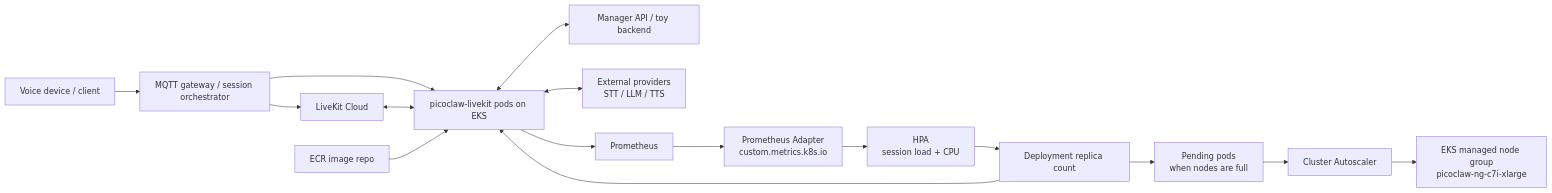
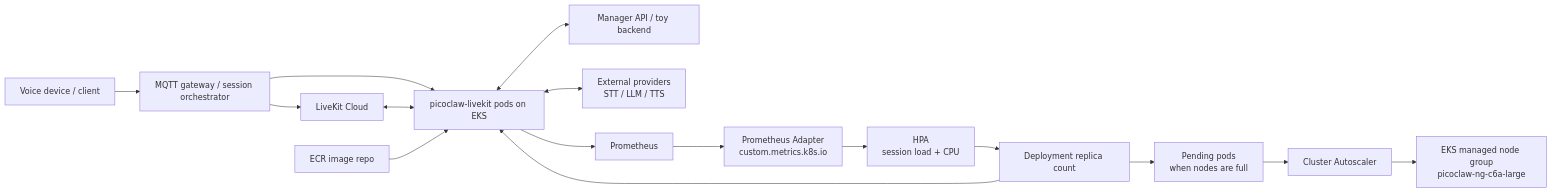
The diagram in deploy/README.md (Craftech360-projects/picoclaw), drawn with Mermaid before and after one commit. The commit also changed other lines of this file and 20 other files, not shown here.

````diff
--- a/deploy/README.md
+++ b/deploy/README.md
@@ -85,33 +85,33 @@
 ```mermaid
 flowchart LR
   Device["Voice device / client"]
   Gateway["MQTT gateway / session orchestrator"]
   LiveKitCloud["LiveKit Cloud"]
   Worker["picoclaw-livekit pods on EKS"]
   Manager["Manager API / toy backend"]
   Providers["External providers\nSTT / LLM / TTS"]
   Prometheus["Prometheus"]
   Adapter["Prometheus Adapter\ncustom.metrics.k8s.io"]
   HPA["HPA\nsession load + CPU"]
   Deployment["Deployment replica count"]
   Pending["Pending pods\nwhen nodes are full"]
   CA["Cluster Autoscaler"]
-  NodeGroup["EKS managed node group\npicoclaw-ng-c7i-xlarge"]
+  NodeGroup["EKS managed node group\npicoclaw-ng-c6a-large"]
   ECR["ECR image repo"]
 
   Device --> Gateway
   Gateway --> LiveKitCloud
   Gateway --> Worker
   LiveKitCloud <--> Worker
   Worker <--> Manager
   Worker <--> Providers
   Worker --> Prometheus
   Prometheus --> Adapter
   Adapter --> HPA
   HPA --> Deployment
   Deployment --> Worker
   Deployment --> Pending
   Pending --> CA
   CA --> NodeGroup
   ECR --> Worker
 ```
````
